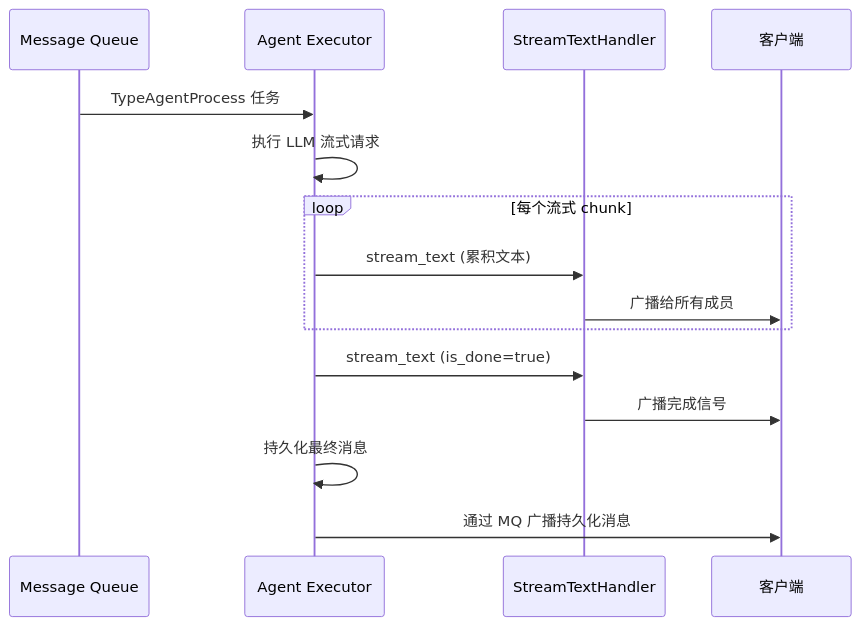
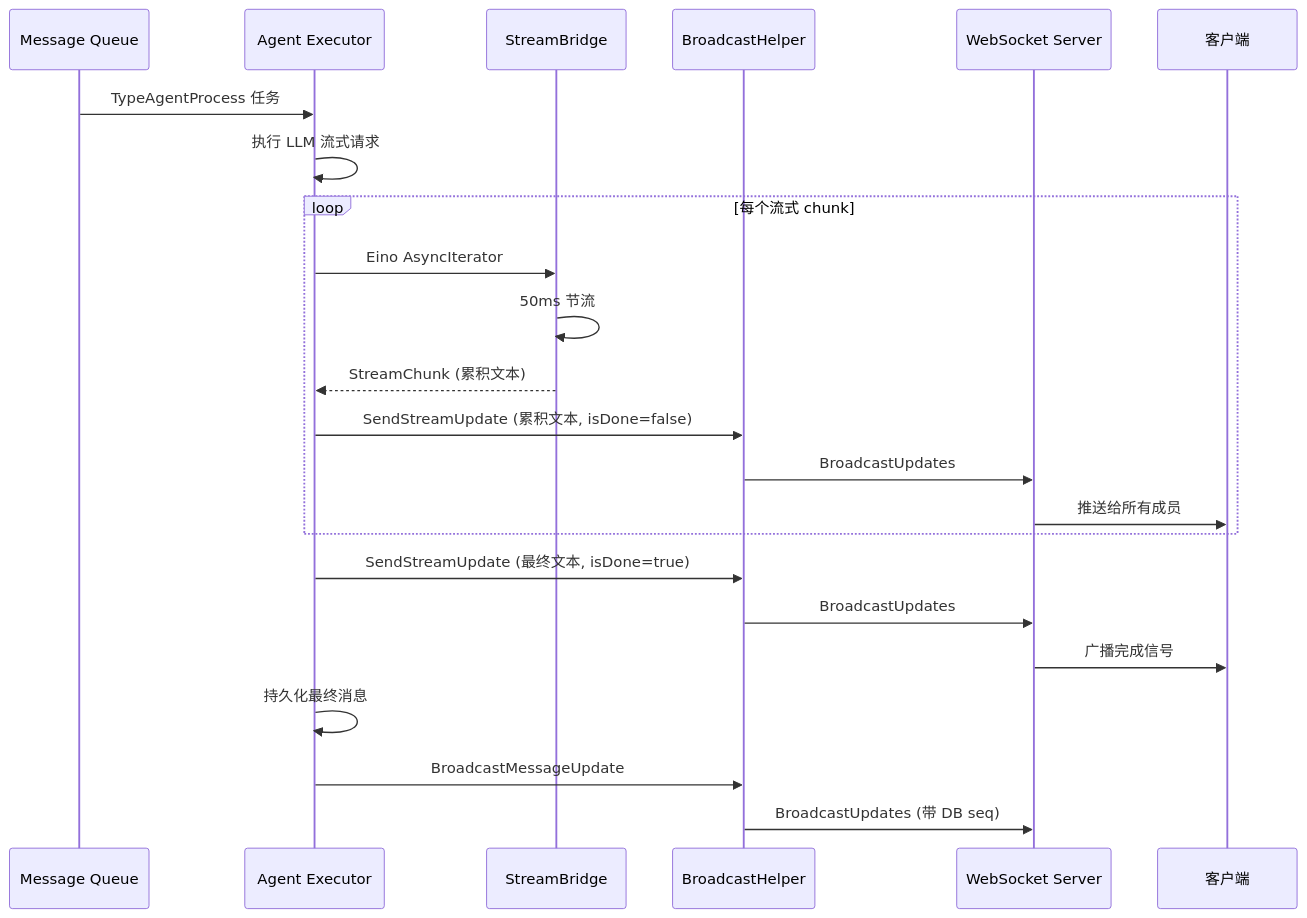
Before and after one commit to PineappleBond/xyncra-server: the eighth of 8 diagrams in wiki/flows/stream-text.md, drawn with Mermaid. The commit also changed other lines of this file, not shown here.

Commit message:
docs(wiki): fix stream-text.md Agent flow inaccuracy
The '与 Agent 执行的关系' section incorrectly stated that stream_text
is mainly used by the Agent executor. In reality, the Agent uses
BroadcastHelper.SendStreamUpdate directly, bypassing the RPC handler.

````diff
--- a/wiki/flows/stream-text.md
+++ b/wiki/flows/stream-text.md
@@ -311,21 +323,29 @@
 ```mermaid
 sequenceDiagram
     participant MQ as Message Queue
     participant Agent as Agent Executor
-    participant Handler as StreamTextHandler
+    participant Bridge as StreamBridge
+    participant BH as BroadcastHelper
+    participant WS as WebSocket Server
     participant C as 客户端
 
     MQ->>Agent: TypeAgentProcess 任务
     Agent->>Agent: 执行 LLM 流式请求
 
     loop 每个流式 chunk
-        Agent->>Handler: stream_text (累积文本)
-        Handler->>C: 广播给所有成员
+        Agent->>Bridge: Eino AsyncIterator
+        Bridge->>Bridge: 50ms 节流
+        Bridge-->>Agent: StreamChunk (累积文本)
+        Agent->>BH: SendStreamUpdate (累积文本, isDone=false)
+        BH->>WS: BroadcastUpdates
+        WS->>C: 推送给所有成员
     end
 
-    Agent->>Handler: stream_text (is_done=true)
-    Handler->>C: 广播完成信号
+    Agent->>BH: SendStreamUpdate (最终文本, isDone=true)
+    BH->>WS: BroadcastUpdates
+    WS->>C: 广播完成信号
 
     Agent->>Agent: 持久化最终消息
-    Agent->>C: 通过 MQ 广播持久化消息
+    Agent->>BH: BroadcastMessageUpdate
+    BH->>WS: BroadcastUpdates (带 DB seq)
 ```
````
